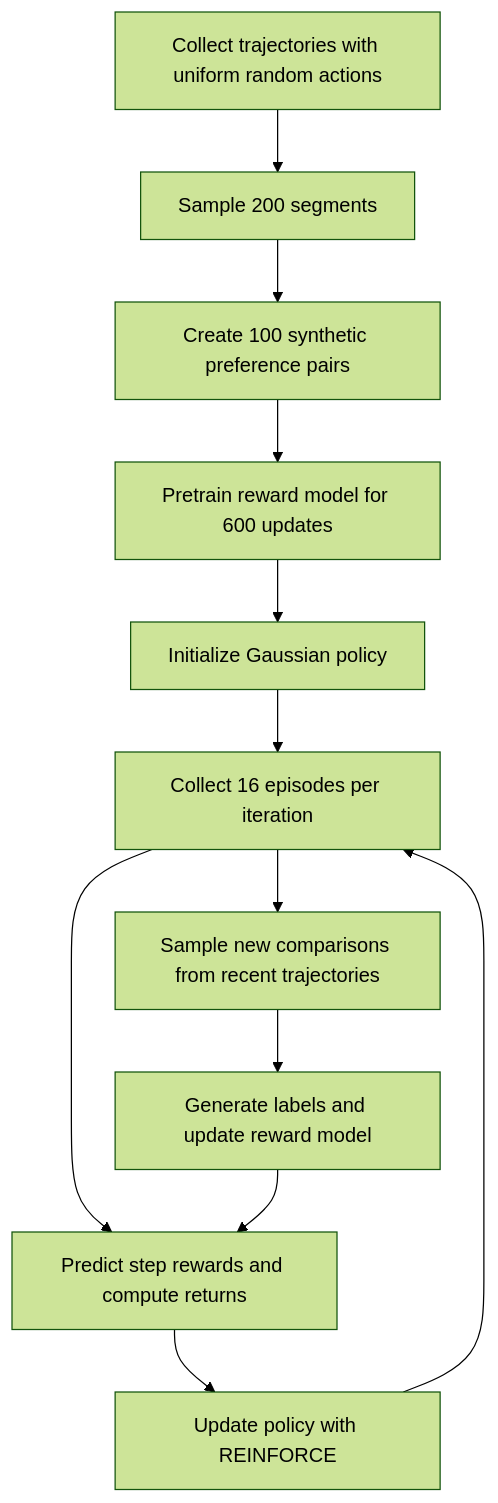
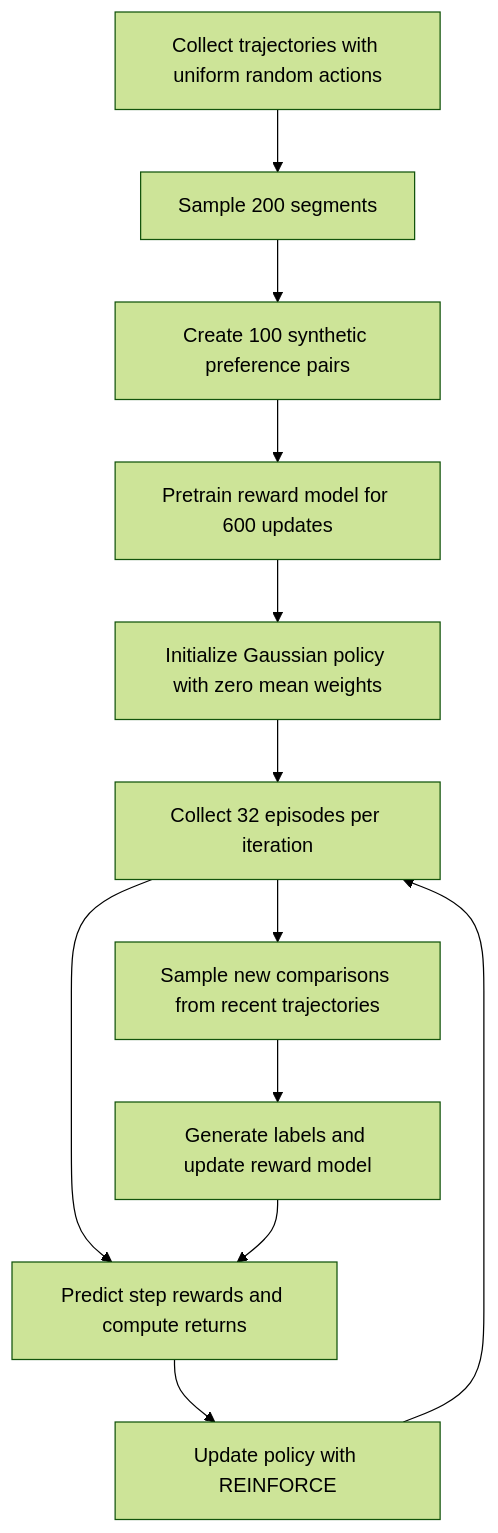
The diagram in README.md (InfronAI/mini-rl-teacher), drawn with Mermaid (forest theme) before and after one commit. The commit also changed other lines of this file and 16 other files, not shown here.

````diff
--- a/README.md
+++ b/README.md
@@ -70,14 +99,14 @@
 ```mermaid
 flowchart TD
     A[Collect trajectories with uniform random actions] --> B[Sample 200 segments]
     B --> C[Create 100 synthetic preference pairs]
     C --> D[Pretrain reward model for 600 updates]
-    D --> E[Initialize Gaussian policy]
-    E --> F[Collect 16 episodes per iteration]
+    D --> E[Initialize Gaussian policy with zero mean weights]
+    E --> F[Collect 32 episodes per iteration]
     F --> G[Predict step rewards and compute returns]
     G --> H[Update policy with REINFORCE]
     H --> F
     F --> I[Sample new comparisons from recent trajectories]
     I --> J[Generate labels and update reward model]
     J --> G
 ```
````
